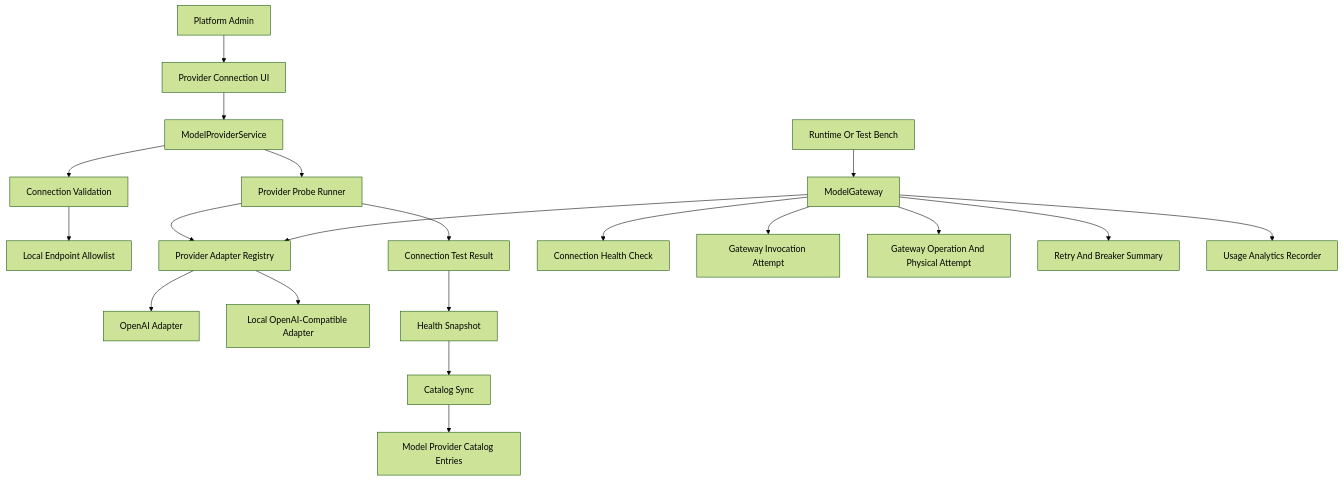
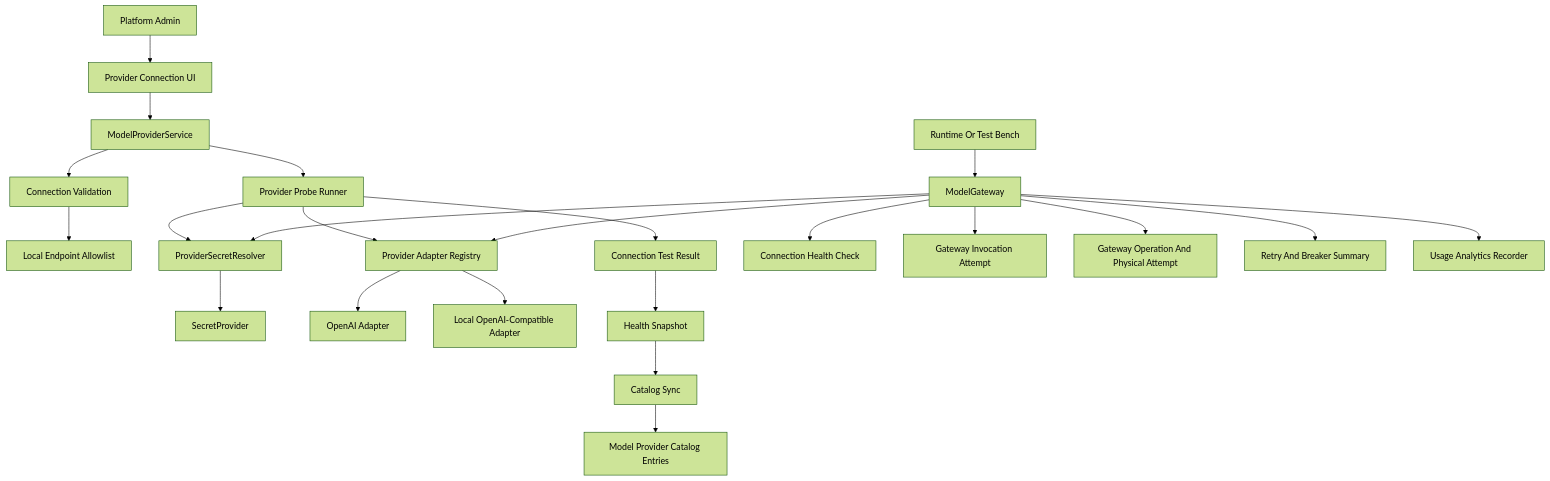
Diagram 13 of 35 in system_architecture.md (scott5252/multi-agent), drawn with Mermaid (forest theme) before and after one commit. The commit also changed other lines of this file and 6 other files, not shown here.

````diff
--- a/system_architecture.md
+++ b/system_architecture.md
@@ -786,23 +961,26 @@
 ```mermaid
 flowchart TD
     f11n1["Platform Admin"] --> f11n2["Provider Connection UI"]
     f11n2["Provider Connection UI"] --> f11n3["ModelProviderService"]
     f11n3["ModelProviderService"] --> f11n4["Connection Validation"]
     f11n4["Connection Validation"] --> f11n5["Local Endpoint Allowlist"]
     f11n3["ModelProviderService"] --> f11n6["Provider Probe Runner"]
     f11n6["Provider Probe Runner"] --> f11n7["Provider Adapter Registry"]
+    f11n6["Provider Probe Runner"] --> f11n21["ProviderSecretResolver"]
+    f11n21["ProviderSecretResolver"] --> f11n22["SecretProvider"]
     f11n7["Provider Adapter Registry"] --> f11n8["OpenAI Adapter"]
     f11n7["Provider Adapter Registry"] --> f11n9["Local OpenAI-Compatible Adapter"]
     f11n6["Provider Probe Runner"] --> f11n10["Connection Test Result"]
     f11n10["Connection Test Result"] --> f11n11["Health Snapshot"]
     f11n11["Health Snapshot"] --> f11n12["Catalog Sync"]
     f11n12["Catalog Sync"] --> f11n13["Model Provider Catalog Entries"]
 
     f11n14["Runtime Or Test Bench"] --> f11n15["ModelGateway"]
     f11n15["ModelGateway"] --> f11n16["Connection Health Check"]
+    f11n15["ModelGateway"] --> f11n21["ProviderSecretResolver"]
     f11n15["ModelGateway"] --> f11n7["Provider Adapter Registry"]
     f11n15["ModelGateway"] --> f11n17["Gateway Invocation Attempt"]
     f11n15["ModelGateway"] --> f11n18["Gateway Operation And Physical Attempt"]
     f11n15["ModelGateway"] --> f11n19["Retry And Breaker Summary"]
     f11n15["ModelGateway"] --> f11n20["Usage Analytics Recorder"]
 ```
````
